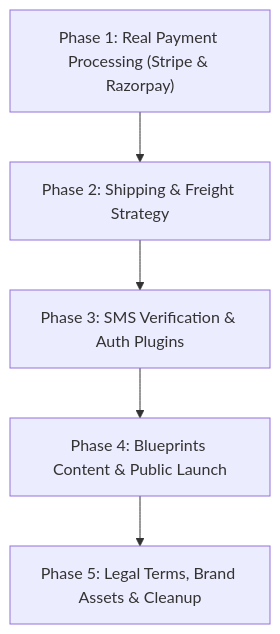
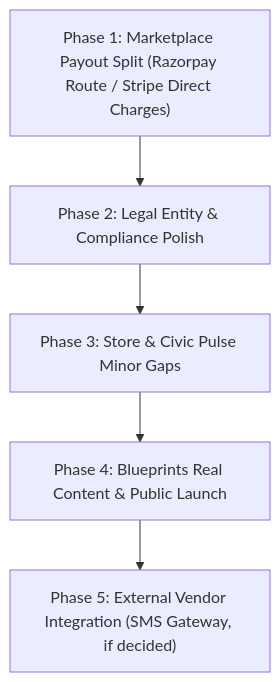
One commit to vidyesh95/qatoto-frontend changed the diagram in docs/remaining_features_and_implementation_plan.md. Above: the diagram before and after it, drawn with Mermaid. The commit also changed other lines of this file and 1 other file, not shown here.

````diff
--- a/docs/remaining_features_and_implementation_plan.md
+++ b/docs/remaining_features_and_implementation_plan.md
@@ -205,7 +210,7 @@
 ```mermaid
 flowchart TD
-    A["Phase 1: Real Payment Processing (Stripe & Razorpay)"] --> B["Phase 2: Shipping & Freight Strategy"]
-    B --> C["Phase 3: SMS Verification & Auth Plugins"]
-    C --> D["Phase 4: Blueprints Content & Public Launch"]
-    D --> E["Phase 5: Legal Terms, Brand Assets & Cleanup"]
+    A["Phase 1: Marketplace Payout Split (Razorpay Route / Stripe Direct Charges)"] --> B["Phase 2: Legal Entity & Compliance Polish"]
+    B --> C["Phase 3: Store & Civic Pulse Minor Gaps"]
+    C --> D["Phase 4: Blueprints Real Content & Public Launch"]
+    D --> E["Phase 5: External Vendor Integration (SMS Gateway, if decided)"]
 ```
````
